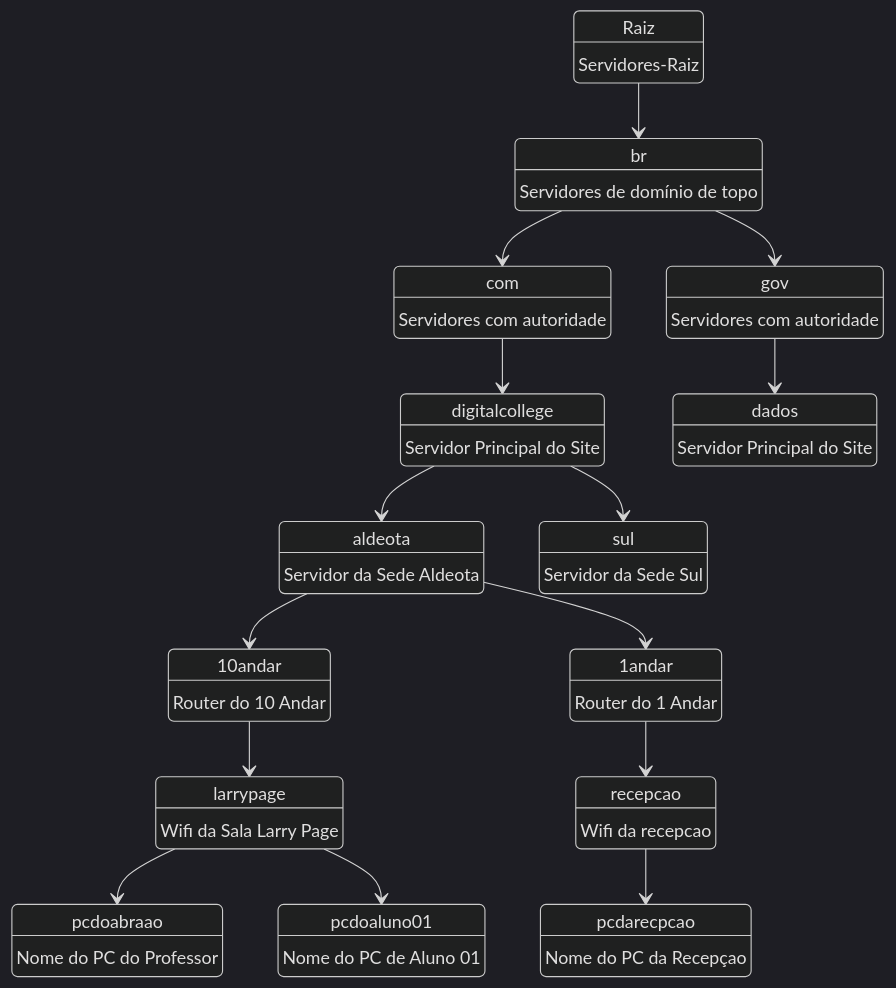
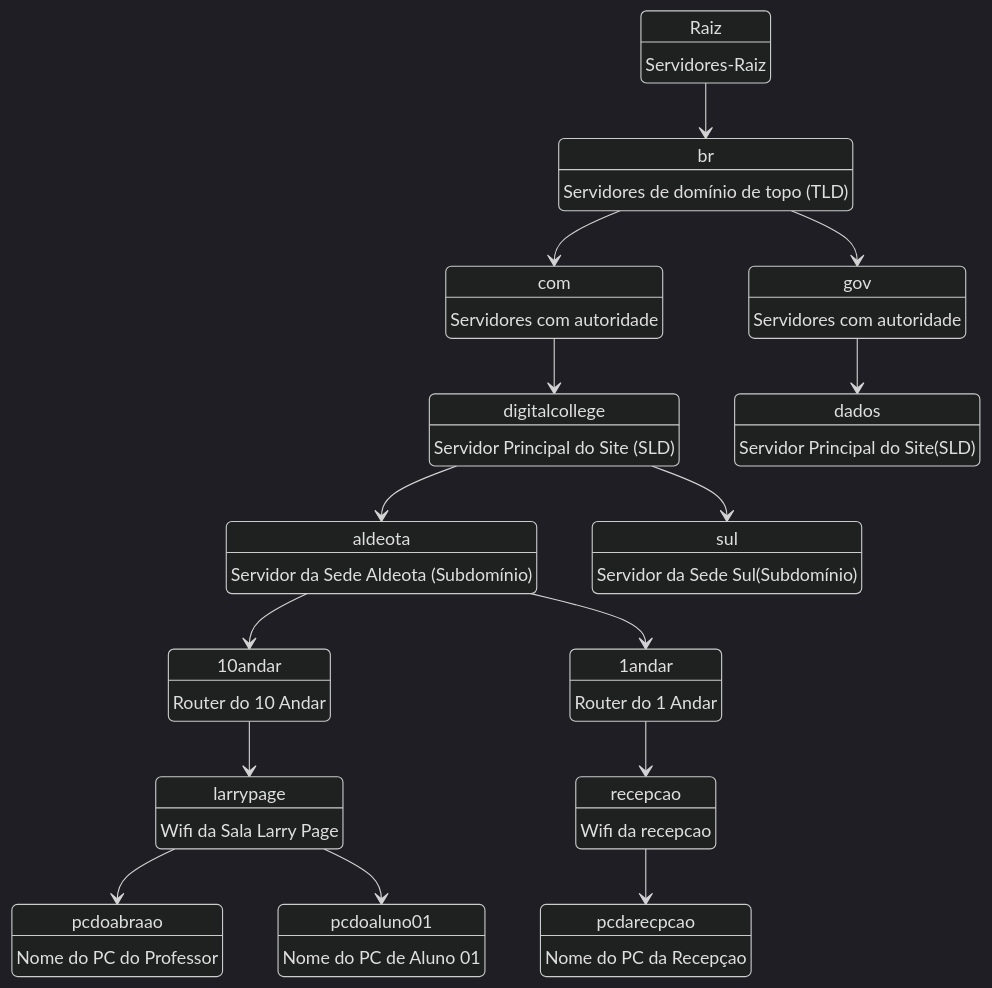
The first of 4 diagrams in content/dns.md (dcTeam23/fundamentos), drawn with Mermaid (dark theme) before and after one commit. The commit also changed 1 other file, not shown here.

Commit message:
Adicionado Diagrama gerado com mermaid ao slide

````diff
--- a/content/dns.md
+++ b/content/dns.md
@@ -7,49 +7,49 @@
 ```mermaid
 stateDiagram-v2
 state "Raiz" as ServidorRaiz1
 state "br" as Altonivel1
 state "com" as DNSConAutoridade1
 state "gov" as DNSConAutoridade2
 state "digitalcollege" as Site1
 state "dados" as Site2
 state "aldeota" as ServidorRedeSede1
 state "sul" as ServidorRedeSede2
 state "10andar" as ServidorRedeAndar1
 state "1andar" as ServidorRedeAndar2
 state "larrypage" as ServidorSala1
 state "recepcao" as ServidorSala2
 state "pcdoabraao" as MaquinaDesktop1
 state "pcdoaluno01"as MaquinaDesktop2
 state "pcdarecpcao" as MaquinaDesktop3
 
     ServidorRaiz1 --> Altonivel1
     Altonivel1 --> DNSConAutoridade1
     Altonivel1 --> DNSConAutoridade2
     DNSConAutoridade1 --> Site1
     DNSConAutoridade2 --> Site2
     Site1 --> ServidorRedeSede1
     Site1 --> ServidorRedeSede2
     ServidorRedeSede1 --> ServidorRedeAndar1
     ServidorRedeSede1 --> ServidorRedeAndar2
     ServidorRedeAndar1 -->  ServidorSala1
     ServidorRedeAndar2 --> ServidorSala2
     ServidorSala1 --> MaquinaDesktop1
     ServidorSala1 --> MaquinaDesktop2
     ServidorSala2 --> MaquinaDesktop3
     
 state "Servidores-Raiz" as ServidorRaiz1
-state "Servidores de domínio de topo" as Altonivel1
+state "Servidores de domínio de topo (TLD)" as Altonivel1
 state "Servidores com autoridade" as DNSConAutoridade1
 state "Servidores com autoridade" as DNSConAutoridade2
-state "Servidor Principal do Site" as Site1
-state "Servidor Principal do Site" as Site2
-state "Servidor da Sede Aldeota" as ServidorRedeSede1
-state "Servidor da Sede Sul" as ServidorRedeSede2
+state "Servidor Principal do Site (SLD)" as Site1
+state "Servidor Principal do Site(SLD)" as Site2
+state "Servidor da Sede Aldeota (Subdomínio)" as ServidorRedeSede1
+state "Servidor da Sede Sul(Subdomínio)" as ServidorRedeSede2
 state "Router do 10 Andar" as ServidorRedeAndar1
 state "Router do 1 Andar" as ServidorRedeAndar2
 state "Wifi da Sala Larry Page" as ServidorSala1
 state "Wifi da recepcao" as ServidorSala2
 state "Nome do PC do Professor" as MaquinaDesktop1
 state "Nome do PC de Aluno 01"as MaquinaDesktop2
 state "Nome do PC da Recepçao" as MaquinaDesktop3
 ```
````
